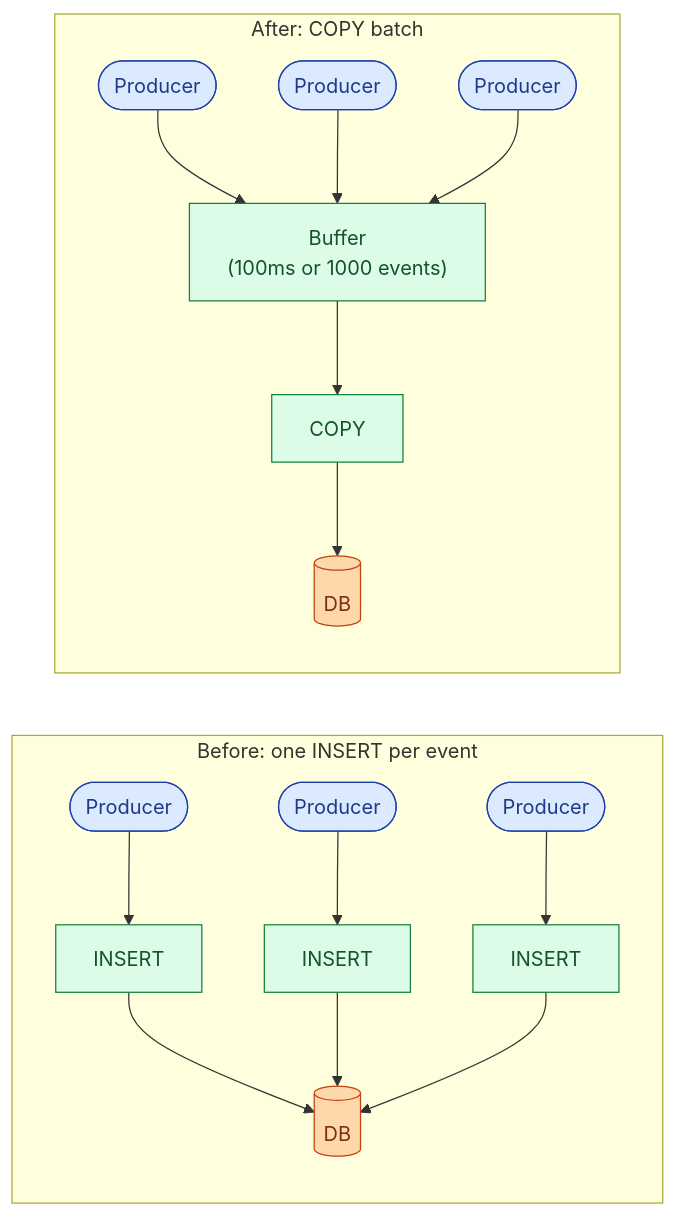
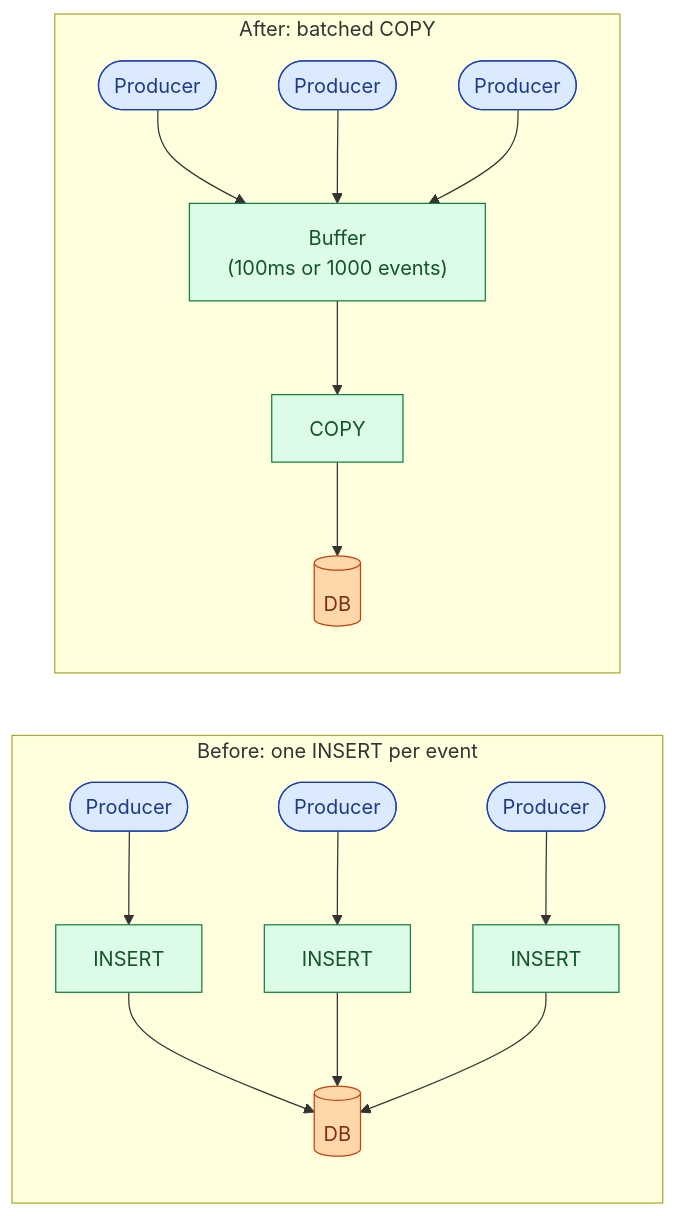
The second of 12 diagrams in problems/018-write-heavy-patterns/question.md (shiningflash/system-design), drawn with Mermaid before and after one commit. The commit also changed other lines of this file and 37 other files, not shown here.

````diff
--- a/problems/018-write-heavy-patterns/question.md
+++ b/problems/018-write-heavy-patterns/question.md
@@ -124,18 +59,18 @@
 ```mermaid
 flowchart LR
     subgraph Before["Before: one INSERT per event"]
         P1([Producer]):::user --> I1[INSERT]:::app --> D1[("DB")]:::db
         P2([Producer]):::user --> I2[INSERT]:::app --> D1
         P3([Producer]):::user --> I3[INSERT]:::app --> D1
     end
-    subgraph After["After: COPY batch"]
+    subgraph After["After: batched COPY"]
         P4([Producer]):::user --> B["Buffer<br/>(100ms or 1000 events)"]:::app
         P5([Producer]):::user --> B
         P6([Producer]):::user --> B
         B --> C[COPY]:::app --> D2[("DB")]:::db
     end
 
     classDef user fill:#dbeafe,stroke:#1e40af,color:#1e3a8a
     classDef app  fill:#dcfce7,stroke:#15803d,color:#14532d
     classDef db   fill:#fed7aa,stroke:#c2410c,color:#7c2d12
 ```
````
